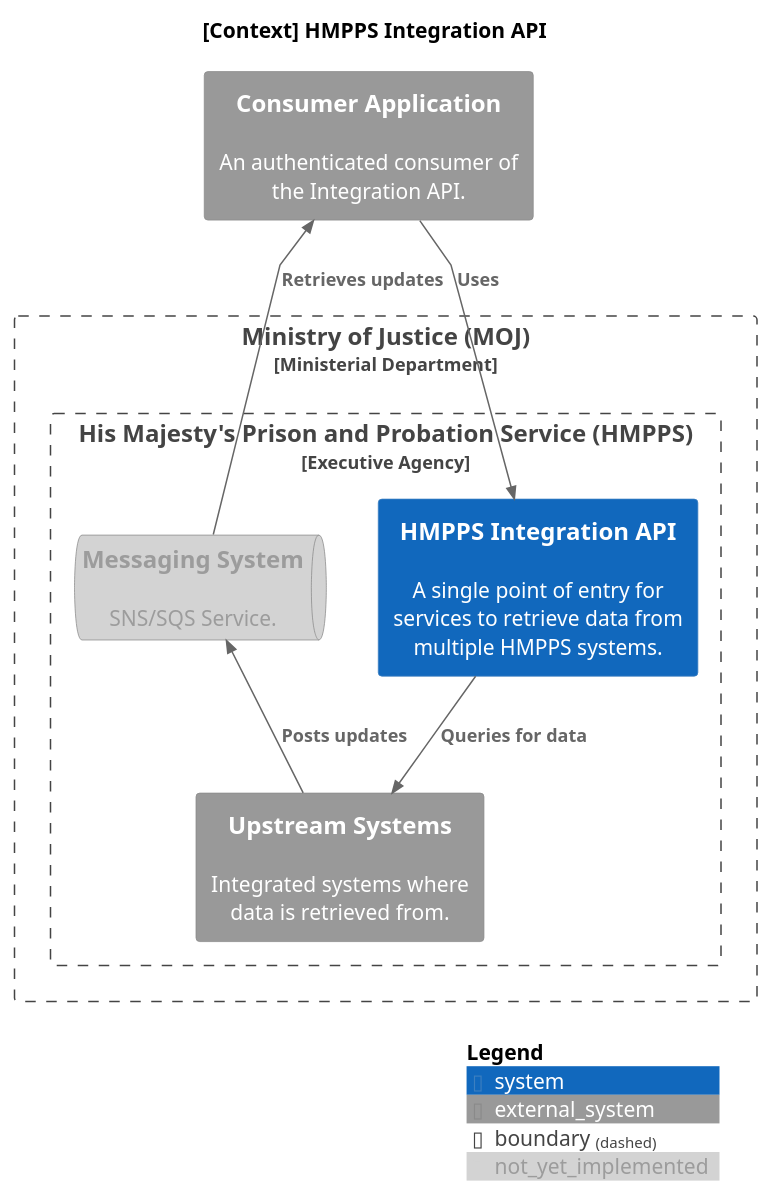
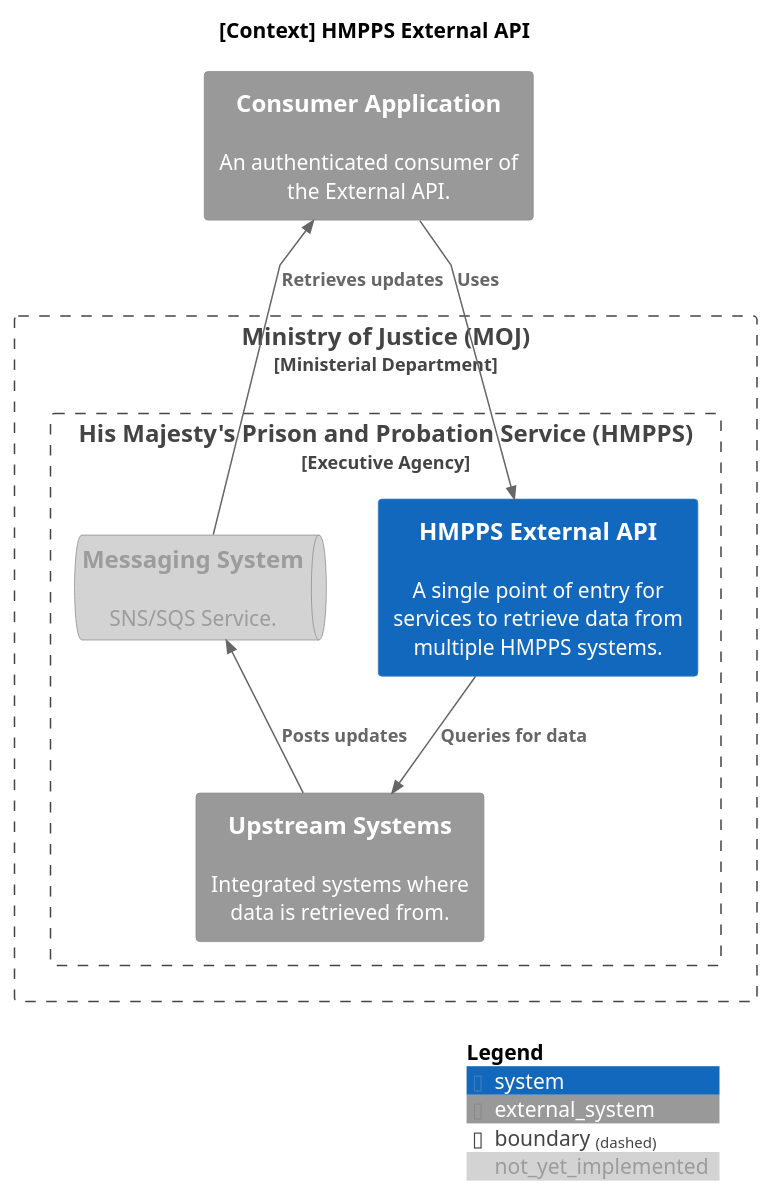
One commit to ministryofjustice/hmpps-integration-api changed the diagram in docs/diagrams/context.puml. Above: the diagram before and after it, drawn with PlantUML. The commit also changed 12 other files, not shown here.

Commit message:
Rename Integration API to External API in documentation

```diff
--- a/docs/diagrams/context.puml
+++ b/docs/diagrams/context.puml
@@ -1,30 +1,30 @@
 @startuml context
 
 !include https://raw.githubusercontent.com/plantuml-stdlib/C4-PlantUML/master/C4_Context.puml
 
 skinparam linetype polyline
 
-title [Context] HMPPS Integration API
+title [Context] HMPPS External API
 
 AddElementTag("not_yet_implemented", $bgColor="#D3D3D3", $fontColor="#9C9C9C")
 
-System_Ext(consumer, "Consumer Application", "An authenticated consumer of the Integration API.")
+System_Ext(consumer, "Consumer Application", "An authenticated consumer of the External API.")
 
 Boundary(moj, "Ministry of Justice (MOJ)", "Ministerial Department") {
   Boundary(hmpps, "His Majesty's Prison and Probation Service (HMPPS)", "Executive Agency") {
-    System(hmpps_integration_api, "HMPPS Integration API", "A single point of entry for services to retrieve data from multiple HMPPS systems.")
+    System(hmpps_integration_api, "HMPPS External API", "A single point of entry for services to retrieve data from multiple HMPPS systems.")
 
     SystemQueue_Ext(messaging, "Messaging System", "SNS/SQS Service.",$tags="not_yet_implemented")
 
     System_Ext(upstream, "Upstream Systems", "Integrated systems where data is retrieved from.")
   }
 }
 
 Rel_Down(consumer, hmpps_integration_api, "Uses")
 Rel_Up(upstream, messaging, "Posts updates")
 Rel_Up(messaging, consumer, "Retrieves updates")
 Rel(hmpps_integration_api, upstream, "Queries for data")
 
 SHOW_DYNAMIC_LEGEND()
 
 @enduml
```
